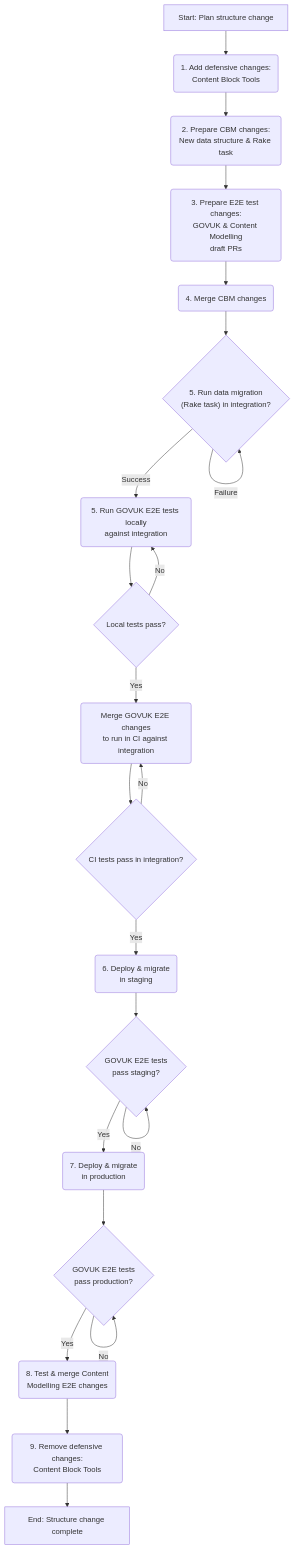
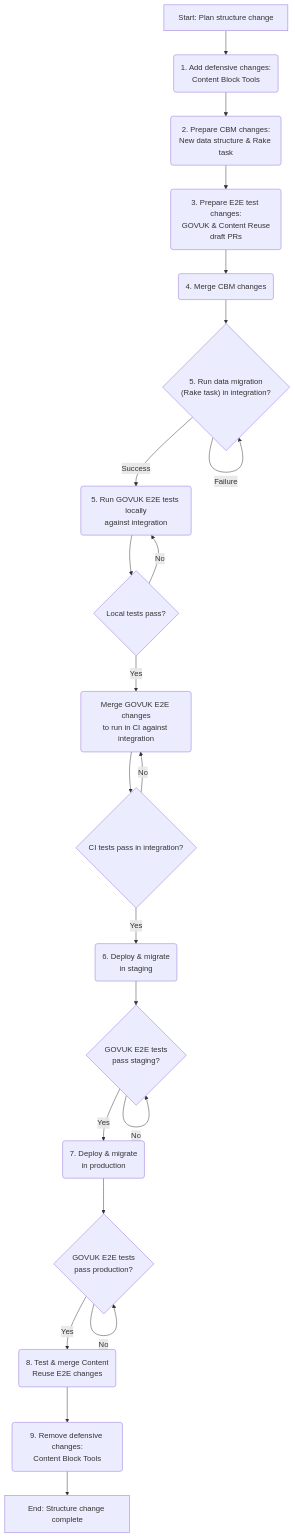
One commit to alphagov/content-block-manager changed the diagram in docs/changing_the_structure_of_a_content_block.md. Above: the diagram before and after it, drawn with Mermaid. The commit also changed other lines of this file and 2 other files, not shown here.

Commit message:
Rename 'Content Modelling' to 'Content Reuse'

````diff
--- a/docs/changing_the_structure_of_a_content_block.md
+++ b/docs/changing_the_structure_of_a_content_block.md
@@ -17,24 +17,24 @@
 ```mermaid
 graph TD
     A["Start: Plan structure change"] --> B("1. Add defensive changes:<br/>Content Block Tools")
     B --> C("2. Prepare CBM changes:<br/>New data structure & Rake task")
-    C --> D("3. Prepare E2E test changes:<br/>GOVUK & Content Modelling<br/>draft PRs")
+    C --> D("3. Prepare E2E test changes:<br/>GOVUK & Content Reuse<br/>draft PRs")
     D --> E("4. Merge CBM changes")
     E --> F{"5. Run data migration<br/>(Rake task) in integration?"}
     F -- Failure --> F
     F -- Success --> G("5. Run GOVUK E2E tests locally<br/>against integration")
     G --> H{"Local tests pass?"}
     H -- No --> G
     H -- Yes --> I("Merge GOVUK E2E changes<br/>to run in CI against integration")
     I --> J{"CI tests pass in integration?"}
     J -- No --> I
     J -- Yes --> K("6. Deploy & migrate<br/>in staging")
     K --> L{"GOVUK E2E tests<br/>pass staging?"}
     L -- No --> L
     L -- Yes --> M("7. Deploy & migrate<br/>in production")
     M --> N{"GOVUK E2E tests<br/>pass production?"}
     N -- No --> N
-    N -- Yes --> O("8. Test & merge Content<br/>Modelling E2E changes")
+    N -- Yes --> O("8. Test & merge Content<br/>Reuse E2E changes")
     O --> P("9. Remove defensive changes:<br/>Content Block Tools")
     P --> Q["End: Structure change complete"]
 ```
````
